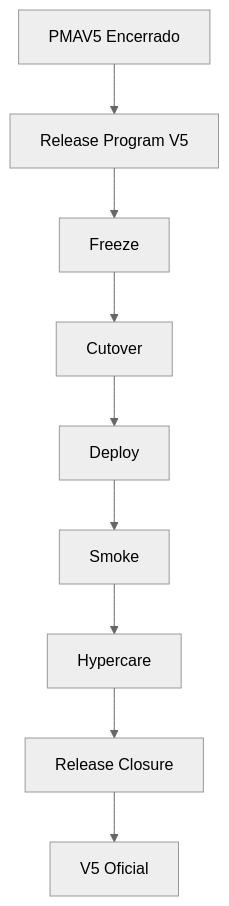
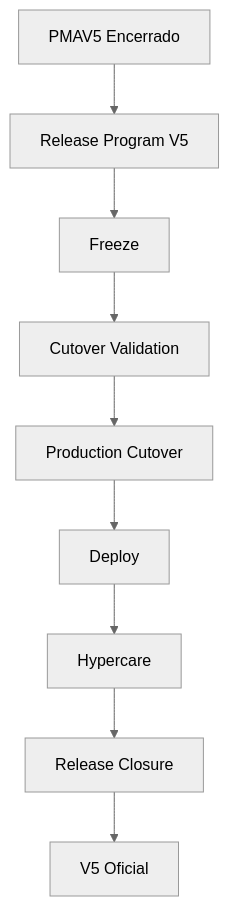
One commit to Andrejr82/Caca_OfertaOficial changed the diagram in RELEASE/README.md. Above: the diagram before and after it, drawn with Mermaid (neutral theme). The commit also changed 2 other files, not shown here.

Commit message:
docs(release): insere etapa R5.02 Cutover Validation no Release Program

````diff
--- a/RELEASE/README.md
+++ b/RELEASE/README.md
@@ -10,11 +10,11 @@
 ```mermaid
 graph TD
     A[PMAV5 Encerrado] --> B[Release Program V5]
     B --> C[Freeze]
-    C --> D[Cutover]
-    D --> E[Deploy]
-    E --> F[Smoke]
+    C --> D[Cutover Validation]
+    D --> E[Production Cutover]
+    E --> F[Deploy]
     F --> G[Hypercare]
     G --> H[Release Closure]
     H --> I[V5 Oficial]
 ```
````
